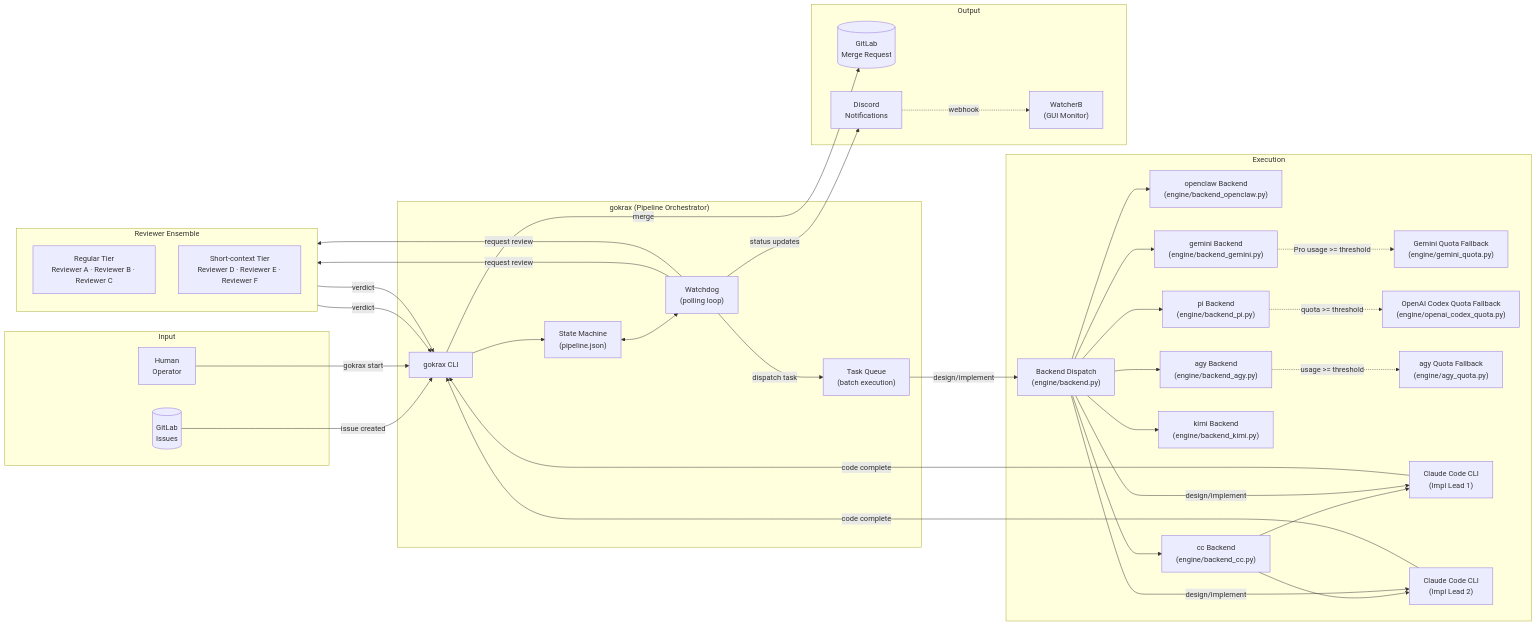
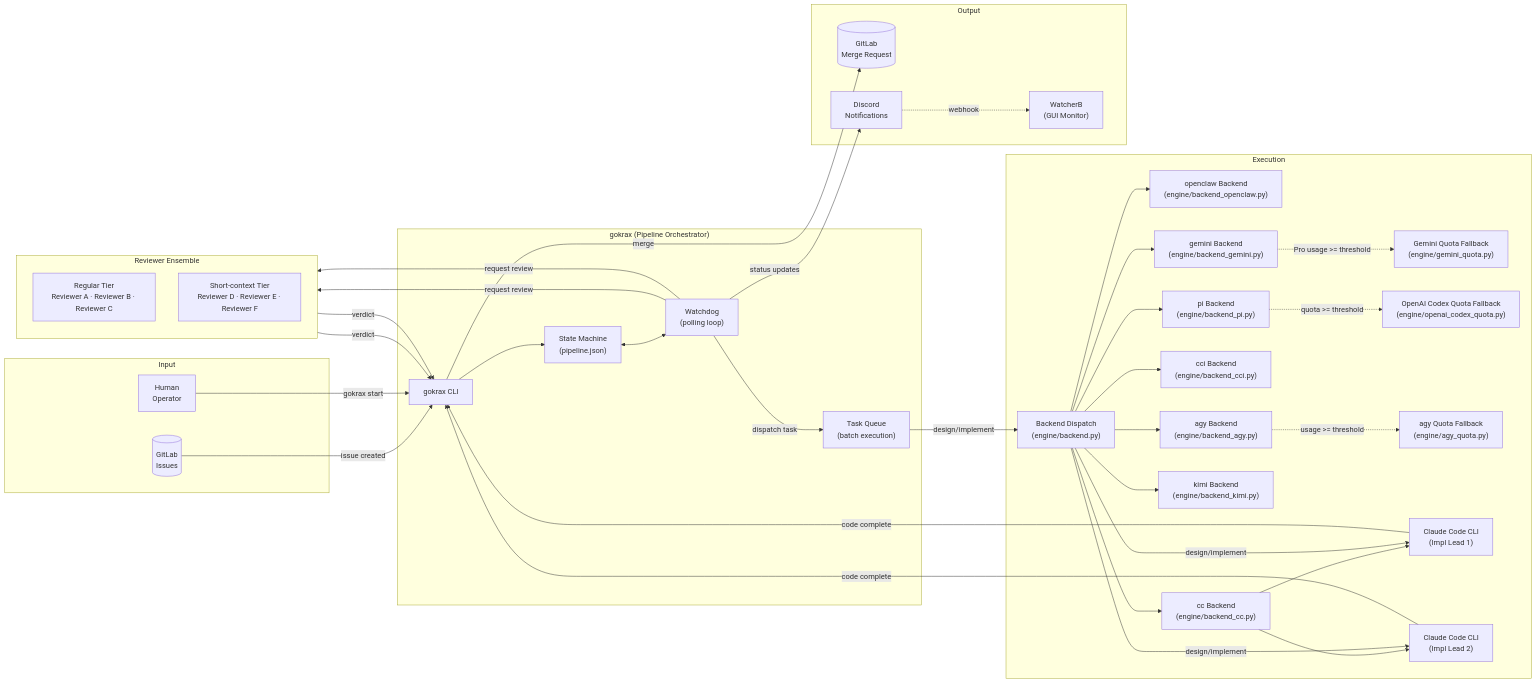
One commit to atakalive/gokrax changed the first of 6 diagrams in docs/architecture.md. Above: the diagram before and after it, drawn with Mermaid. The commit also changed 20 other files, not shown here.

````diff
--- a/docs/architecture.md
+++ b/docs/architecture.md
@@ -7,70 +7,72 @@
 ```mermaid
 graph LR
     subgraph Input
         GL[("GitLab<br/>Issues")]
         Owner["Human<br/>Operator"]
     end
 
     subgraph gokrax["gokrax (Pipeline Orchestrator)"]
         CLI["gokrax CLI"]
         SM["State Machine<br/>(pipeline.json)"]
         WD["Watchdog<br/>(polling loop)"]
         TQ["Task Queue<br/>(batch execution)"]
     end
 
     subgraph Execution
         BD["Backend Dispatch<br/>(engine/backend.py)"]
         BE_OC["openclaw Backend<br/>(engine/backend_openclaw.py)"]
         BE_PI["pi Backend<br/>(engine/backend_pi.py)"]
         BE_CC["cc Backend<br/>(engine/backend_cc.py)"]
+        BE_CCI["cci Backend<br/>(engine/backend_cci.py)"]
         BE_GM["gemini Backend<br/>(engine/backend_gemini.py)"]
         BE_KM["kimi Backend<br/>(engine/backend_kimi.py)"]
         BE_AGY["agy Backend<br/>(engine/backend_agy.py)"]
         QF_GM["Gemini Quota Fallback<br/>(engine/gemini_quota.py)"]
         QF_CDX["OpenAI Codex Quota Fallback<br/>(engine/openai_codex_quota.py)"]
         QF_AGY["agy Quota Fallback<br/>(engine/agy_quota.py)"]
         CC1["Claude Code CLI<br/>(Impl Lead 1)"]
         CC2["Claude Code CLI<br/>(Impl Lead 2)"]
         BD --> BE_OC
         BD --> BE_PI
         BD --> BE_CC
+        BD --> BE_CCI
         BD --> BE_GM
         BD --> BE_KM
         BD --> BE_AGY
         BE_PI -. quota >= threshold .-> QF_CDX
         BE_GM -. Pro usage >= threshold .-> QF_GM
         BE_AGY -. usage >= threshold .-> QF_AGY
         BE_CC --> CC1
         BE_CC --> CC2
     end
 
     subgraph Review["Reviewer Ensemble"]
         direction TB
         R_REG["Regular Tier<br/>Reviewer A · Reviewer B · Reviewer C"]
         R_SHORT["Short-context Tier<br/>Reviewer D · Reviewer E · Reviewer F"]
     end
 
     subgraph Output
         MR[("GitLab<br/>Merge Request")]
         DC["Discord<br/>Notifications"]
         WB["WatcherB<br/>(GUI Monitor)"]
     end
 
     GL -->|"issue created"| CLI
     Owner -->|"gokrax start"| CLI
     CLI --> SM
     SM <--> WD
     WD -->|"dispatch task"| TQ
     TQ -->|"design/implement"| BD
     BD -->|"design/implement"| CC1
     BD -->|"design/implement"| CC2
     WD -->|"request review"| R_REG
     WD -->|"request review"| R_SHORT
     R_REG -->|"verdict"| CLI
     R_SHORT -->|"verdict"| CLI
     CC1 -->|"code complete"| CLI
     CC2 -->|"code complete"| CLI
     CLI -->|"merge"| MR
     WD -->|"status updates"| DC
     DC -.->|"webhook"| WB
 ```
````
